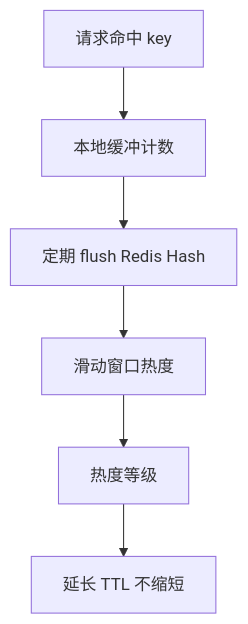
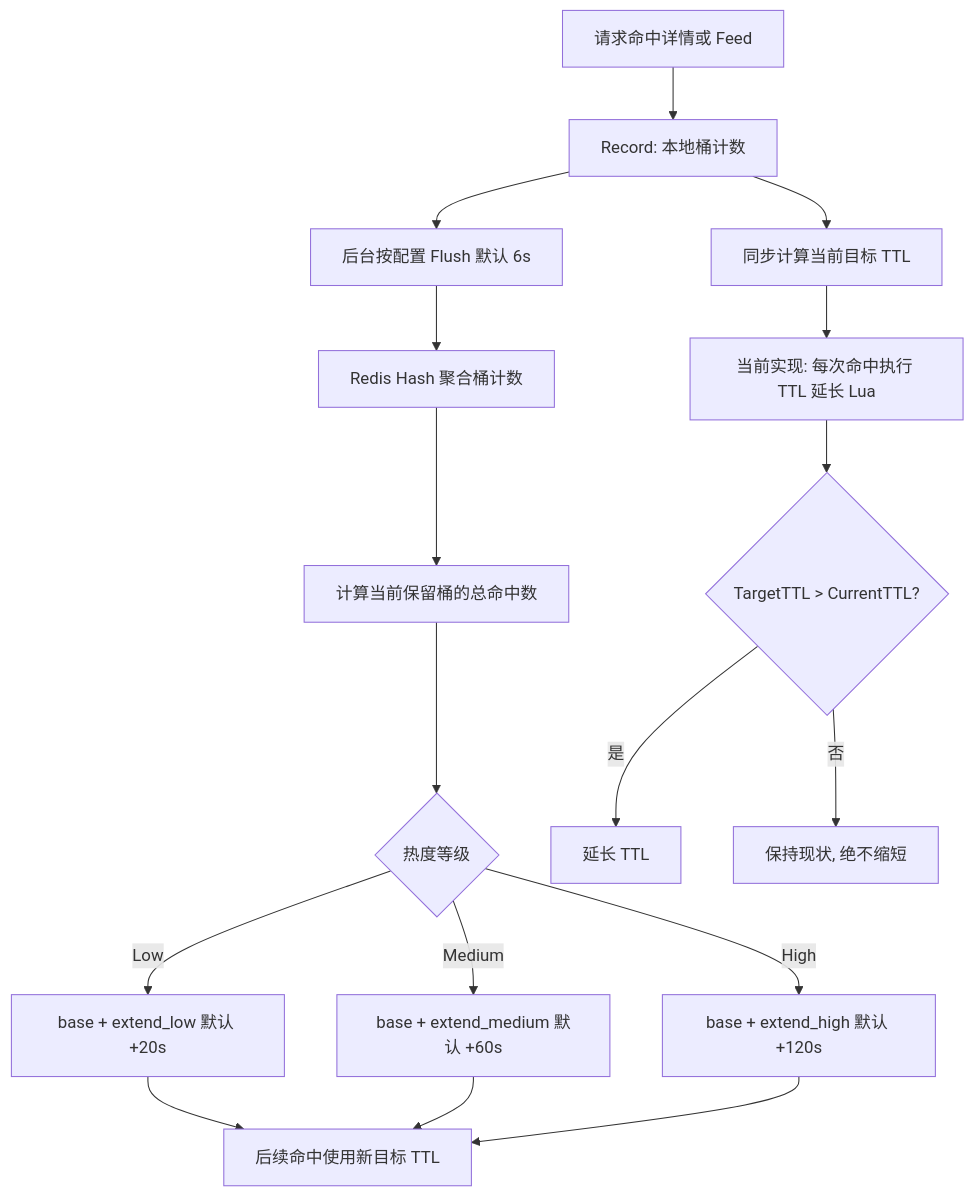
Before and after one commit to bitladykiller/zhiguang_go: the third of 13 diagrams in docs/modules/09-热点缓存与多级缓存策略.md, drawn with Mermaid. The commit also changed other lines of this file and 11 other files, not shown here.

Commit message:
docs: 架构文档增强与纵向流程图

````diff
--- a/docs/modules/09-热点缓存与多级缓存策略.md
+++ b/docs/modules/09-热点缓存与多级缓存策略.md
@@ -84,8 +93,17 @@
 ```mermaid
 flowchart TD
-    A[请求命中 key] --> B[本地缓冲计数]
-    B --> C[定期 flush Redis Hash]
-    C --> D[滑动窗口热度]
-    D --> E[热度等级]
-    E --> F[延长 TTL 不缩短]
+    A[请求命中详情或 Feed] --> B[Record: 本地桶计数]
+    B --> C[同步计算当前目标 TTL]
+    C --> D[当前实现: 每次命中执行 TTL 延长 Lua]
+    B --> E[后台按配置 Flush 默认 6s]
+    E --> F[Redis Hash 聚合桶计数]
+    F --> G[计算当前保留桶的总命中数]
+    G --> H{热度等级}
+    H -->|Low| I[base + extend_low 默认 +20s]
+    H -->|Medium| J[base + extend_medium 默认 +60s]
+    H -->|High| K[base + extend_high 默认 +120s]
+    I & J & K --> L[后续命中使用新目标 TTL]
+    D --> M{TargetTTL > CurrentTTL?}
+    M -->|是| N[延长 TTL]
+    M -->|否| O[保持现状, 绝不缩短]
 ```
````
